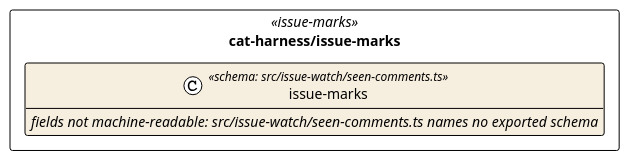
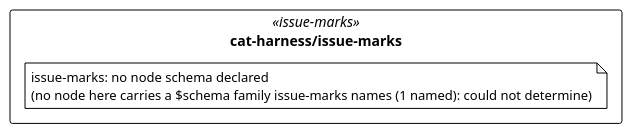
Before and after one commit to litlfred/folio-assistant: the diagram in cat-harness/uml/overview/cat-harness/issue-marks.puml, drawn with PlantUML. The commit also changed 23 other files, not shown here.

First line of the commit message:
Six gate failures from the new schema module, all consequences rather than surprises

```diff
--- a/cat-harness/uml/overview/cat-harness/issue-marks.puml
+++ b/cat-harness/uml/overview/cat-harness/issue-marks.puml
@@ -3,15 +3,13 @@
 @startuml cat_harness_issue_marks
 !pragma layout elk
 !theme plain
 skinparam classAttributeIconSize 0
 skinparam shadowing false
 skinparam packageStyle rectangle
 hide empty methods
 
 package "cat-harness/issue-marks" as pkg_cat_harness_issue_marks <<issue-marks>> {
-  class "issue-marks" as cat_harness_issue_marks_issue_marks_shape <<schema: src/issue-watch/seen-comments.ts>> #f6eedf {
-    //fields not machine-readable: src/issue-watch/seen-comments.ts names no exported schema//
-  }
+  note "issue-marks: no node schema declared\n(no node here carries a $schema family issue-marks names (1 named): could not determine)" as n_cat_harness_issue_marks_issue_marks
 }
 
 @enduml
```
